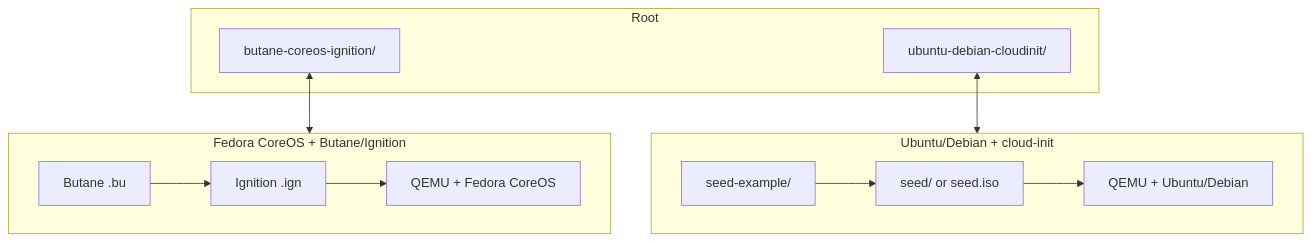
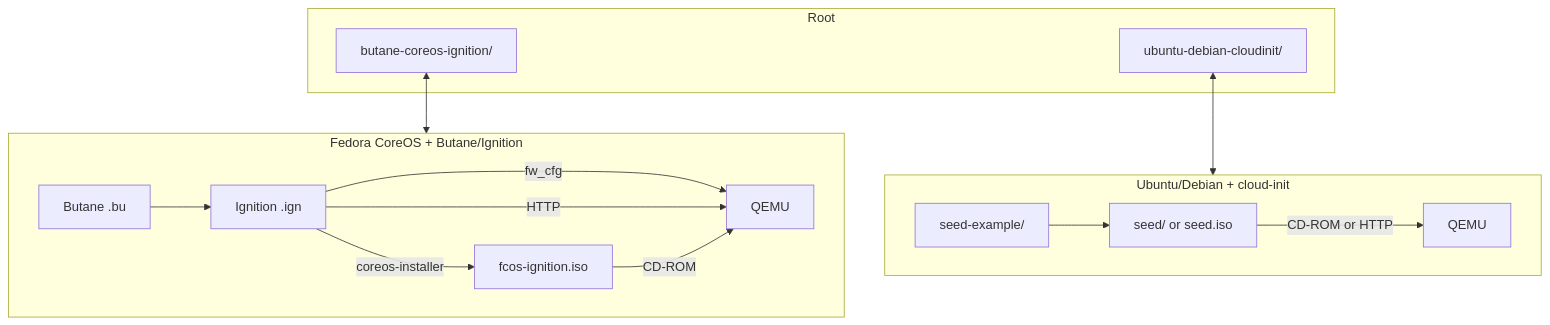
Before and after one commit to marcuwynu23/linux-initial-boot-provisioning: the third of 3 diagrams in README.md, drawn with Mermaid. The commit also changed other lines of this file, not shown here.

Commit message:
docs: enhance README with additional Ignition delivery methods and comparison table

````diff
--- a/README.md
+++ b/README.md
@@ -74,17 +77,20 @@
 ```mermaid
 flowchart TB
     subgraph Root["Root"]
         A["butane-coreos-ignition/"]
         B["ubuntu-debian-cloudinit/"]
     end
     subgraph Butane["Fedora CoreOS + Butane/Ignition"]
         B1["Butane .bu"] --> B2["Ignition .ign"]
-        B2 --> B3["QEMU + Fedora CoreOS"]
+        B2 -->|fw_cfg| B3["QEMU"]
+        B2 -->|HTTP| B3
+        B2 -->|coreos-installer| B4["fcos-ignition.iso"]
+        B4 -->|CD-ROM| B3
     end
     subgraph CloudInit["Ubuntu/Debian + cloud-init"]
         C1["seed-example/"] --> C2["seed/ or seed.iso"]
-        C2 --> C3["QEMU + Ubuntu/Debian"]
+        C2 -->|CD-ROM or HTTP| C3["QEMU"]
     end
     A <--> Butane
     B <--> CloudInit
 ```
````
